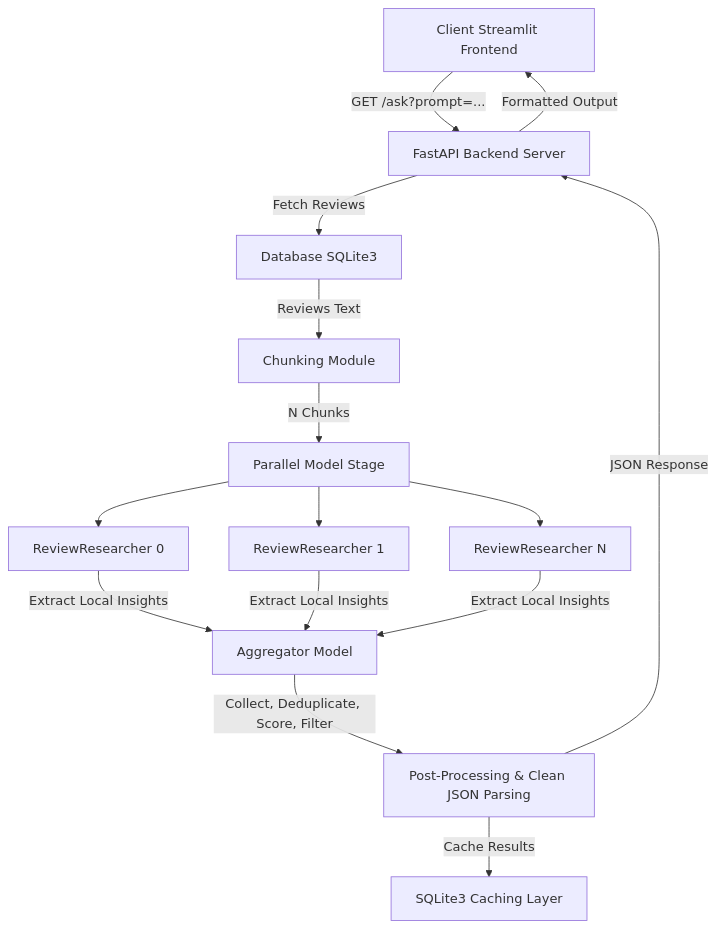
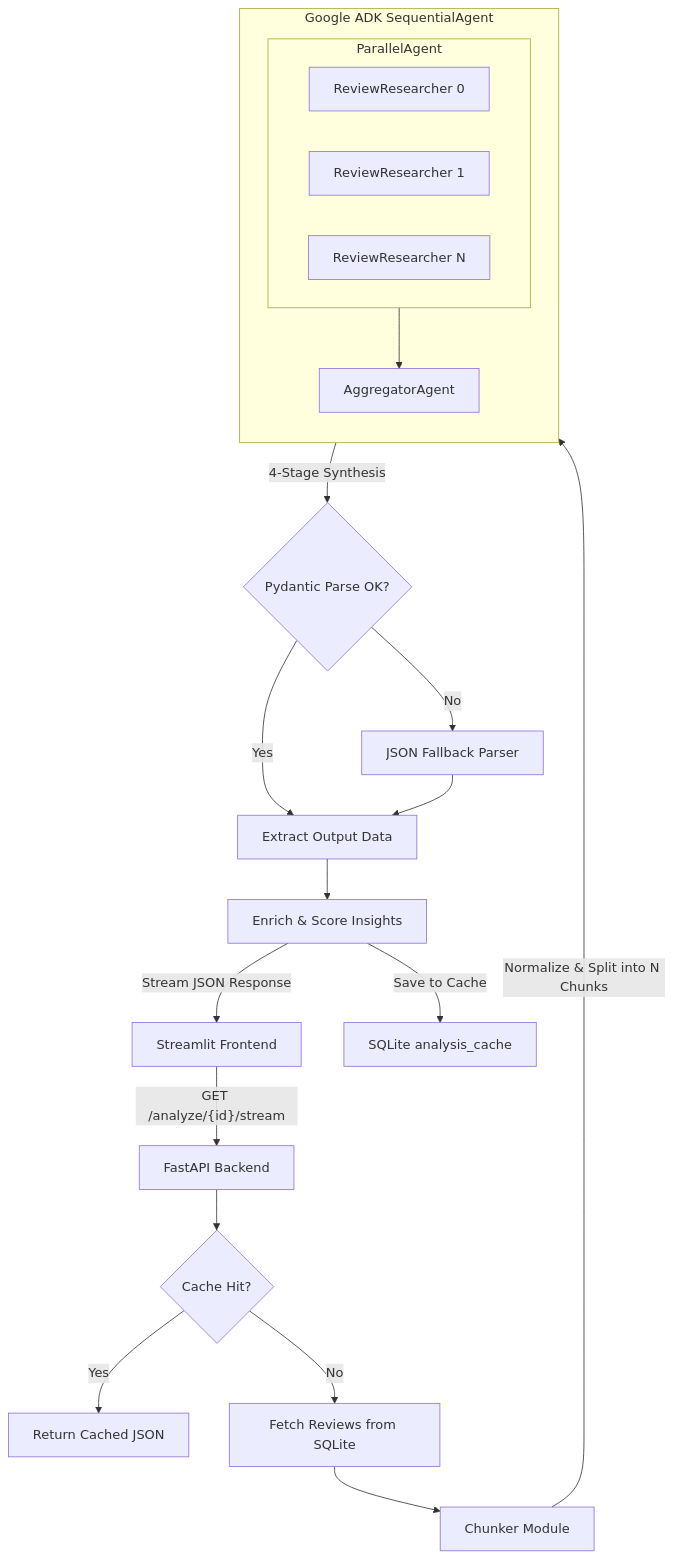
Before and after one commit to mhlohh/ai_business_insight: the diagram in README.md, drawn with Mermaid. The commit also changed other lines of this file and 1 other file, not shown here.

Commit message:
docs: update architecture diagram and document rate limit protection implementation

````diff
--- a/README.md
+++ b/README.md
@@ -14,20 +14,32 @@
 ```mermaid
 graph TD
-    A[Client Streamlit Frontend] -->|GET /ask?prompt=...| B[FastAPI Backend Server]
-    B -->|Fetch Reviews| C[Database SQLite3]
-    C -->|Reviews Text| D[Chunking Module]
-    D -->|N Chunks| E[Parallel Model Stage]
-    sub_agent_0[ReviewResearcher 0]
-    sub_agent_1[ReviewResearcher 1]
-    sub_agent_n[ReviewResearcher N]
-    E --> sub_agent_0
-    E --> sub_agent_1
-    E --> sub_agent_n
-    sub_agent_0 -->|Extract Local Insights| F[Aggregator Model]
-    sub_agent_1 -->|Extract Local Insights| F
-    sub_agent_n -->|Extract Local Insights| F
-    F -->|Collect, Deduplicate, Score, Filter| G[Post-Processing & Clean JSON Parsing]
-    G -->|Cache Results| H[SQLite3 Caching Layer]
-    G -->|JSON Response| B
-    B -->|Formatted Output| A
+    A["Streamlit Frontend"] -->|"GET /analyze/{id}/stream"| B["FastAPI Backend"]
+
+    B --> C{"Cache Hit?"}
+    C -->|"Yes"| Z["Return Cached JSON"]
+    C -->|"No"| D["Fetch Reviews from SQLite"]
+
+    D --> E["Chunker Module"]
+    E -->|"Normalize & Split into N Chunks"| F["Google ADK SequentialAgent"]
+
+    subgraph F["Google ADK SequentialAgent"]
+        direction TB
+        G["ParallelAgent"] --> H["AggregatorAgent"]
+    end
+
+    subgraph G["ParallelAgent"]
+        direction LR
+        R0["ReviewResearcher 0"]
+        R1["ReviewResearcher 1"]
+        RN["ReviewResearcher N"]
+    end
+
+    H -->|"4-Stage Synthesis"| I{"Pydantic Parse OK?"}
+    I -->|"Yes"| J["Extract Output Data"]
+    I -->|"No"| K["JSON Fallback Parser"]
+    K --> J
+
+    J --> L["Enrich & Score Insights"]
+    L -->|"Save to Cache"| M["SQLite analysis_cache"]
+    L -->|"Stream JSON Response"| A
 ```
````
